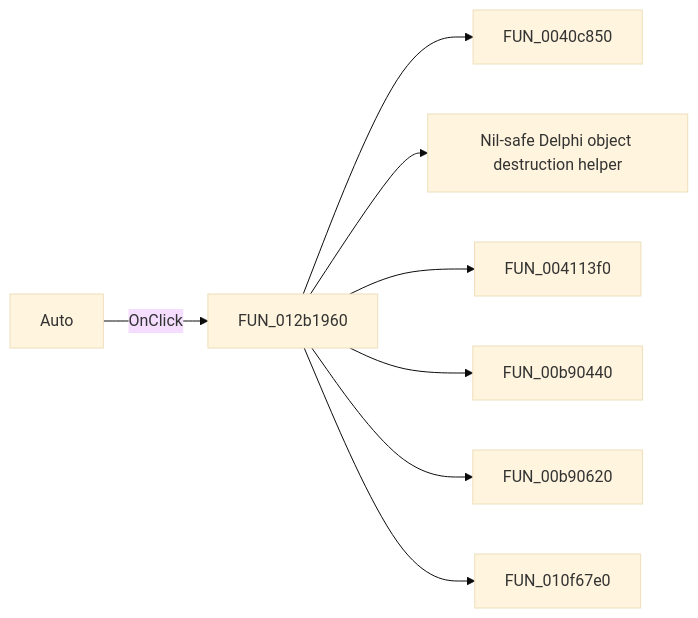
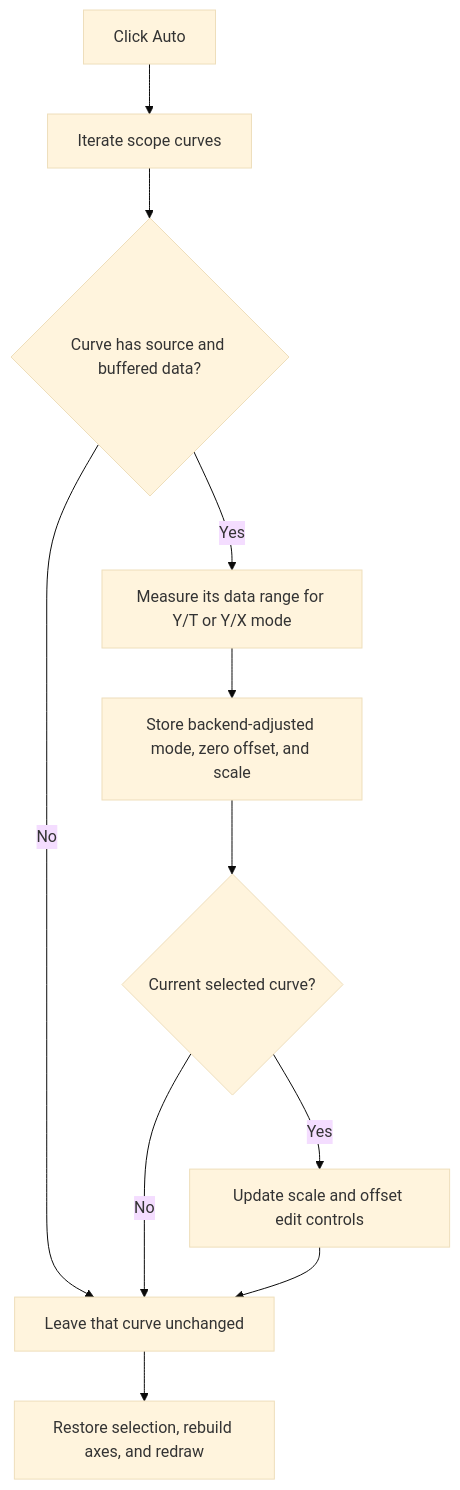
The diagram in docs/ui-controls/scopewin/autobtn-a2ef626415.md (MovGP0/TIARA), drawn with Mermaid (base theme) before and after one commit. The commit also changed other lines of this file and 1062 other files, not shown here.

````diff
--- a/docs/ui-controls/scopewin/autobtn-a2ef626415.md
+++ b/docs/ui-controls/scopewin/autobtn-a2ef626415.md
@@ -27,10 +31,13 @@
 ```mermaid
-flowchart LR
-    control["Auto"] -->|OnClick| handler["FUN_012b1960"]
-    handler --> call1["FUN_0040c850"]
-    handler --> call2["Nil-safe Delphi object destruction helper"]
-    handler --> call3["FUN_004113f0"]
-    handler --> call4["FUN_00b90440"]
-    handler --> call5["FUN_00b90620"]
-    handler --> call6["FUN_010f67e0"]
+flowchart TD
+    control["Click Auto"] --> curves["Iterate scope curves"]
+    curves --> usable{"Curve has source and buffered data?"}
+    usable -->|No| next["Leave that curve unchanged"]
+    usable -->|Yes| range["Measure its data range for Y/T or Y/X mode"]
+    range --> apply["Store backend-adjusted mode, zero offset, and scale"]
+    apply --> selected{"Current selected curve?"}
+    selected -->|Yes| edits["Update scale and offset edit controls"]
+    selected -->|No| next
+    edits --> next
+    next --> refresh["Restore selection, rebuild axes, and redraw"]
 ```
````
